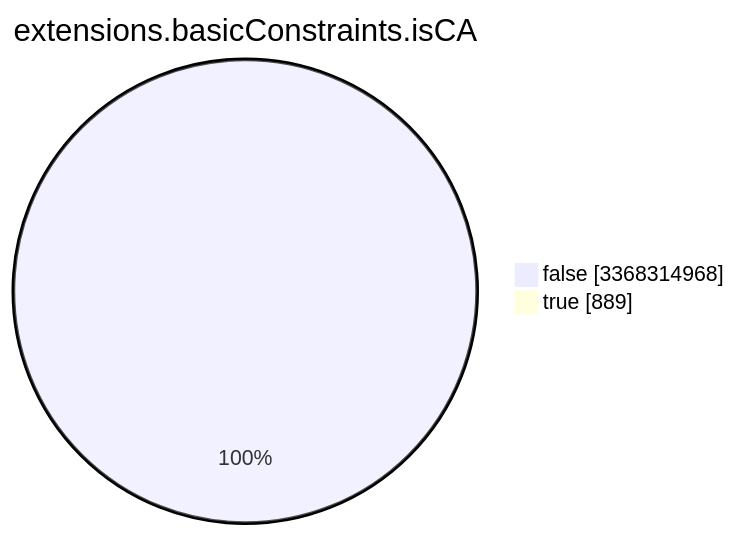
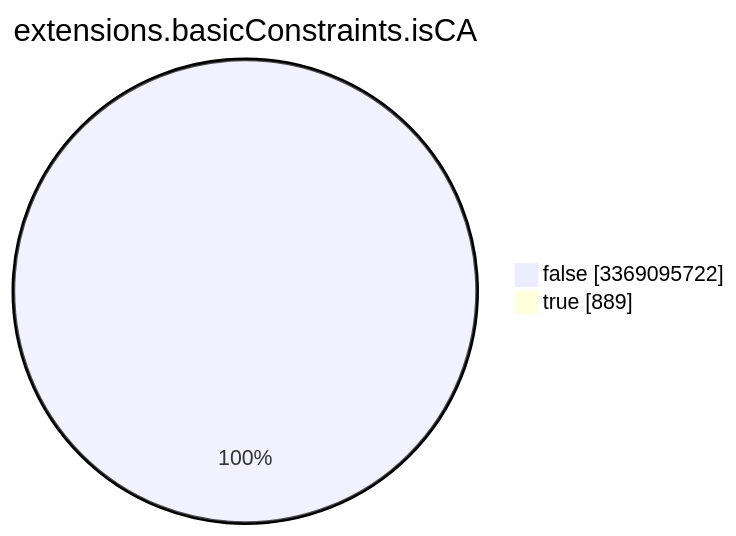
The seventh of 15 diagrams in TOTAL/README.md (christiankrug/ctmonitor_visualization), drawn with Mermaid before and after one commit. The commit also changed other lines of this file, not shown here.

````diff
--- a/TOTAL/README.md
+++ b/TOTAL/README.md
@@ -3090,6 +3090,6 @@
 ```mermaid
 pie showData
 title extensions.basicConstraints.isCA
-"false" :3368314968
+"false" :3369095722
 "true" :889
 ```
````
